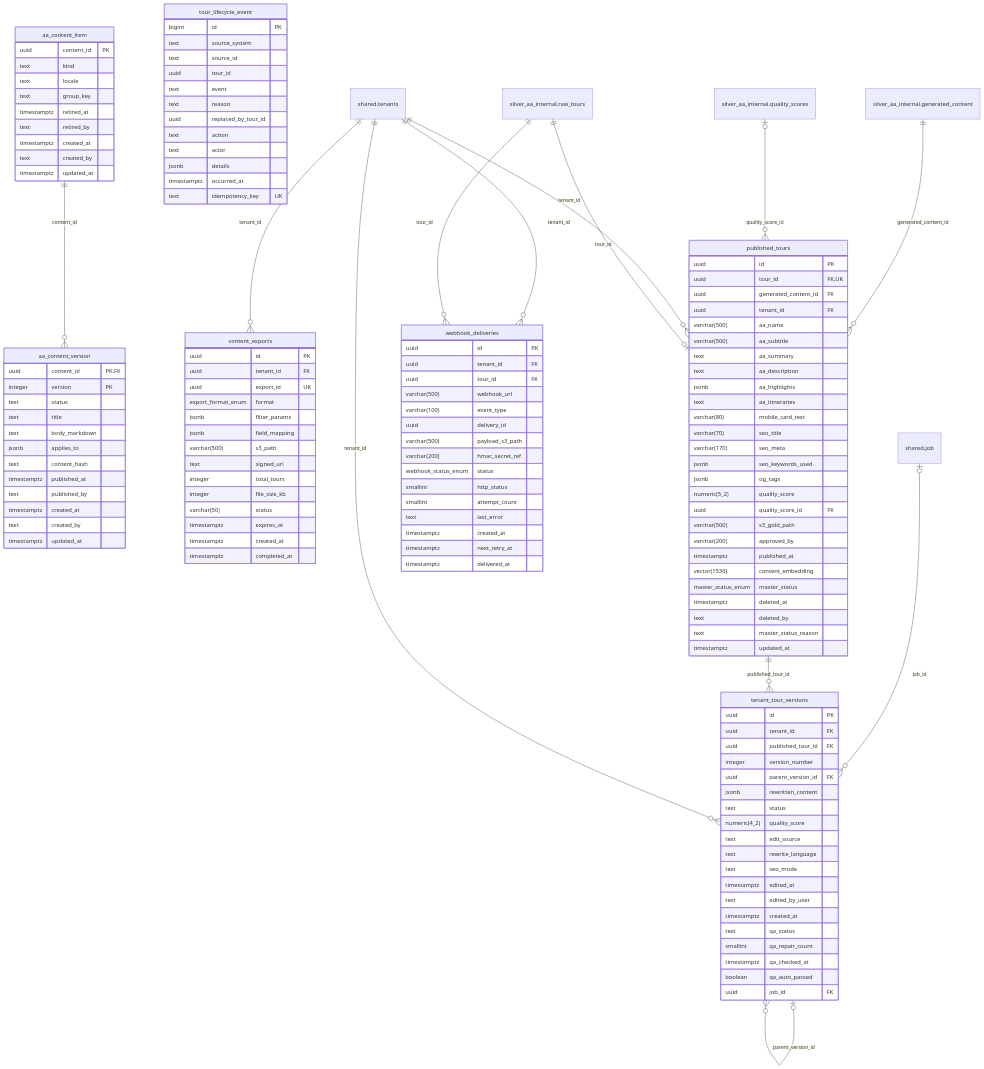
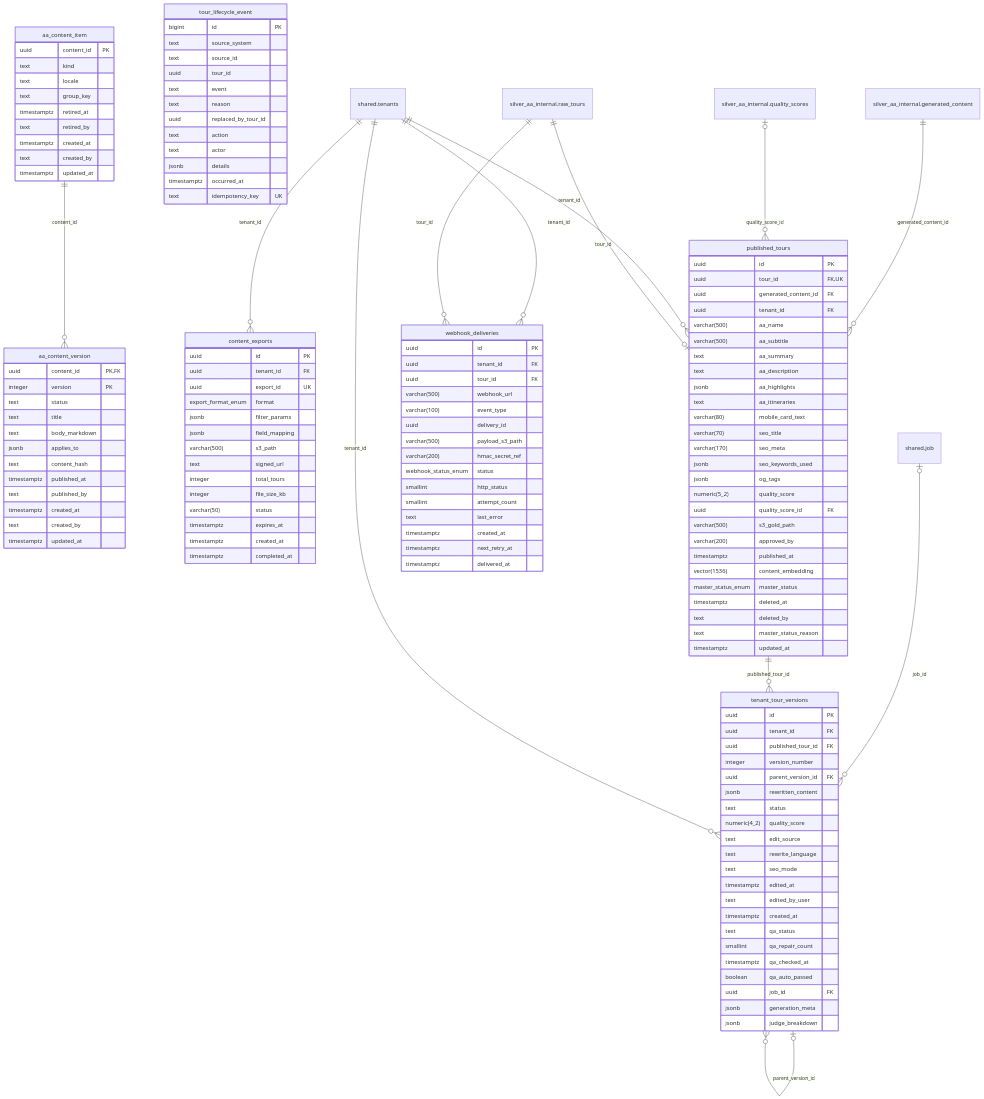
One commit to AdventureAsia365-Ecosys/AA-Ecosys changed the diagram in docs/architecture/erd/gold_aa_internal.md. Above: the diagram before and after it, drawn with Mermaid. The commit also changed other lines of this file and 12 other files, not shown here.

First line of the commit message:
docs: regenerate db-schema-reference.md and ERD (live dump) (#308)

```diff
--- a/docs/architecture/erd/gold_aa_internal.md
+++ b/docs/architecture/erd/gold_aa_internal.md
@@ -113,6 +113,8 @@
         timestamptz qa_checked_at
         boolean qa_auto_passed
         uuid job_id FK
+        jsonb generation_meta
+        jsonb judge_breakdown
     }
     tour_lifecycle_event {
         bigint id PK
```
